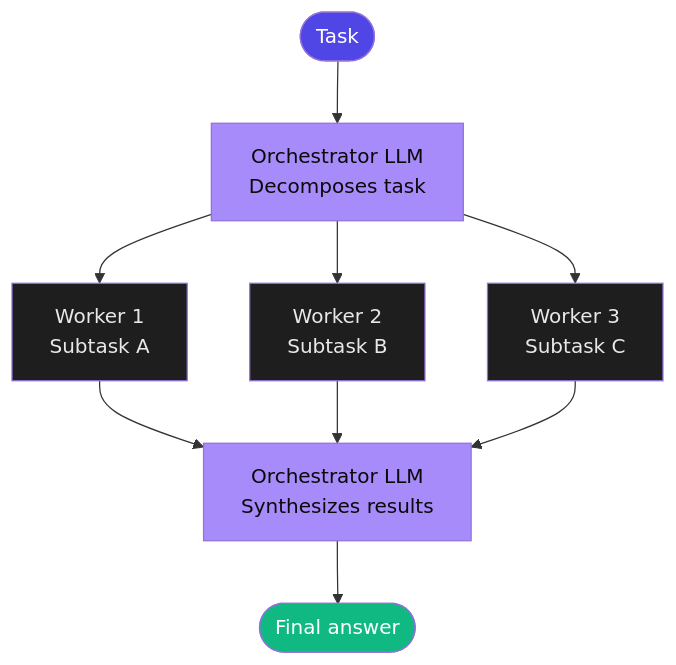
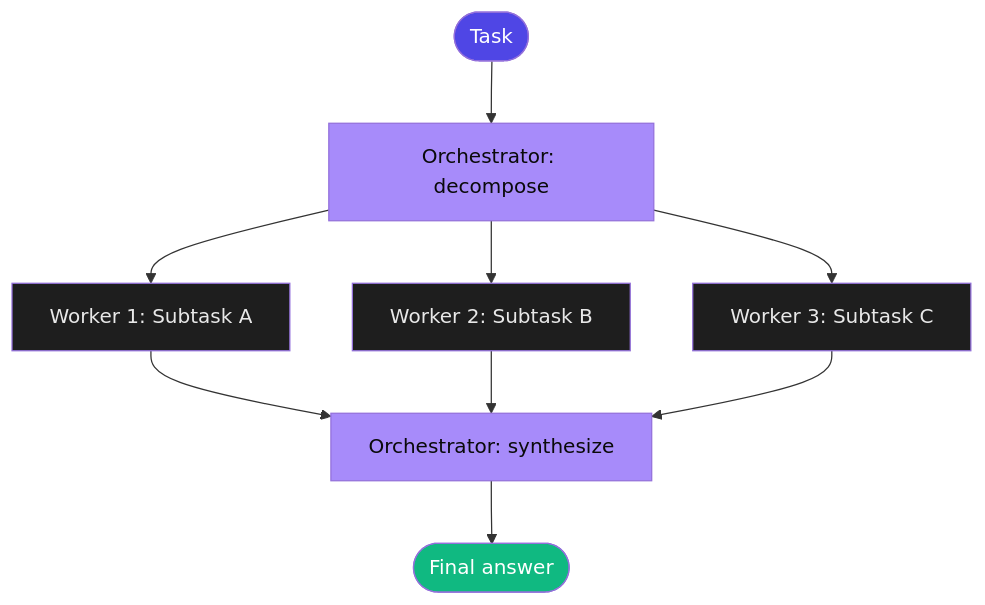
Before and after one commit to thepandanlabs/applied-ai-from-scratch: the fifth of 8 diagrams in slides/phase-04-agents.md, drawn with Mermaid. The commit also changed other lines of this file and 1 other file, not shown here.

First line of the commit message:
fix(slides): mermaid syntax errors and table bottom border

```diff
--- a/slides/phase-04-agents.md
+++ b/slides/phase-04-agents.md
@@ -217,17 +210,16 @@
 <div class="mermaid">
 flowchart TD
-    A([Task]) --> B[Orchestrator LLM\nDecomposes task]
-    B --> C[Worker 1\nSubtask A]
-    B --> D[Worker 2\nSubtask B]
-    B --> E[Worker 3\nSubtask C]
-    C & D & E --> F[Orchestrator LLM\nSynthesizes results]
+    A([Task]) --> B[Orchestrator: decompose]
+    B --> C[Worker 1: Subtask A]
+    B --> D[Worker 2: Subtask B]
+    B --> E[Worker 3: Subtask C]
+    C & D & E --> F[Orchestrator: synthesize]
     F --> G([Final answer])
-
     style A fill:#4f46e5,color:#fff
     style B fill:#a78bfa,color:#0a0a0a
     style F fill:#a78bfa,color:#0a0a0a
     style G fill:#10b981,color:#fff
     style C fill:#1e1e1e,color:#e8e8e8
     style D fill:#1e1e1e,color:#e8e8e8
     style E fill:#1e1e1e,color:#e8e8e8
 </div>
```
